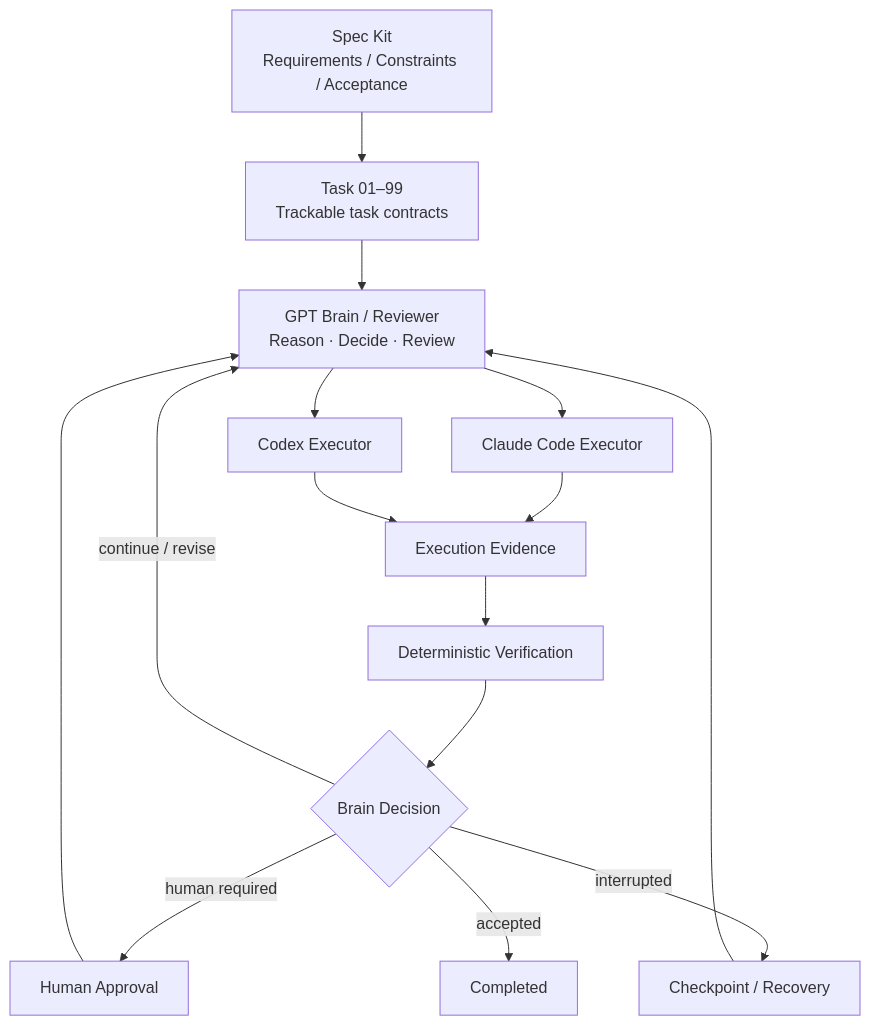
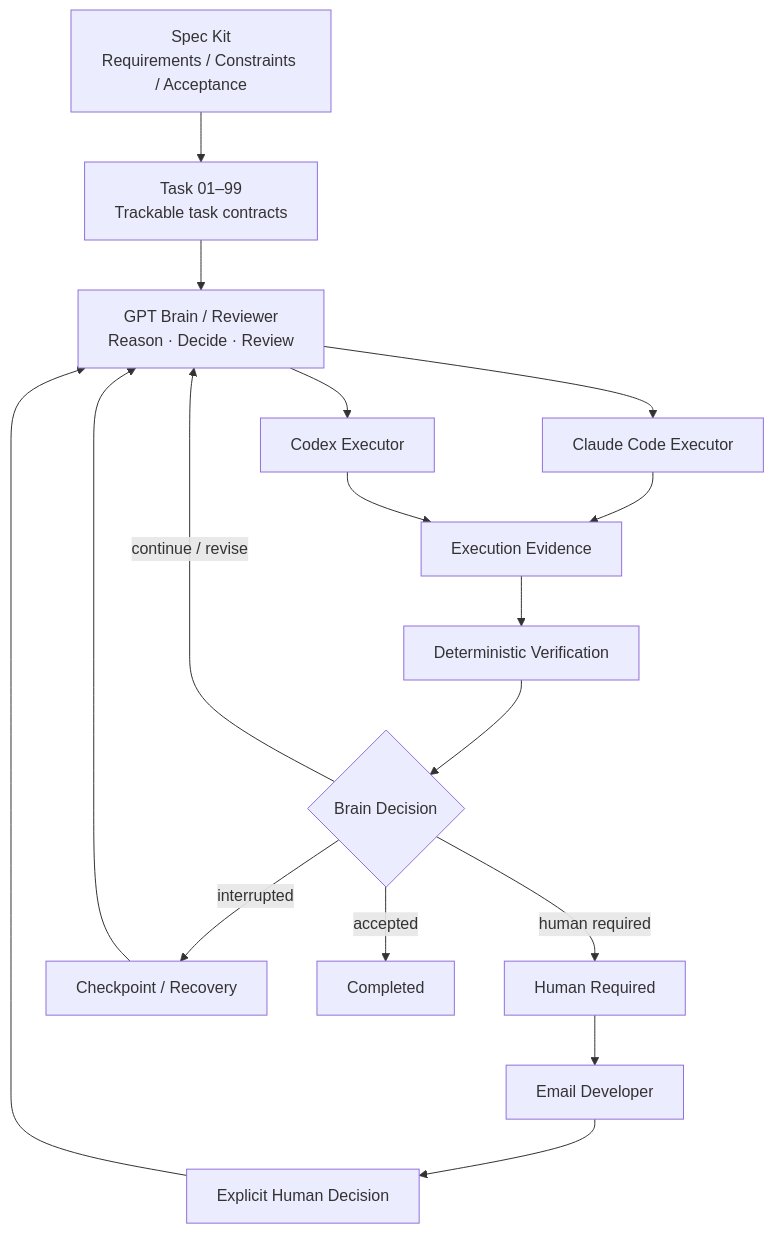
The diagram in README.en.md (weijianjunwjj/nova-wing-showcase), drawn with Mermaid before and after one commit. The commit also changed other lines of this file, not shown here.

Commit message:
docs: sync English overview with runtime evidence and email notifications

````diff
--- a/README.en.md
+++ b/README.en.md
@@ -41,17 +59,19 @@
 ```mermaid
 flowchart TD
     A["Spec Kit\nRequirements / Constraints / Acceptance"] --> B["Task 01–99\nTrackable task contracts"]
     B --> C["GPT Brain / Reviewer\nReason · Decide · Review"]
     C --> D["Claude Code Executor"]
     C --> E["Codex Executor"]
     D --> F["Execution Evidence"]
     E --> F
     F --> G["Deterministic Verification"]
     G --> H{"Brain Decision"}
     H -->|continue / revise| C
-    H -->|human required| I["Human Approval"]
+    H -->|human required| I["Human Required"]
     H -->|interrupted| J["Checkpoint / Recovery"]
     H -->|accepted| K["Completed"]
-    I --> C
+    I --> L["Email Developer"]
+    L --> M["Explicit Human Decision"]
+    M --> C
     J --> C
 ```
````
